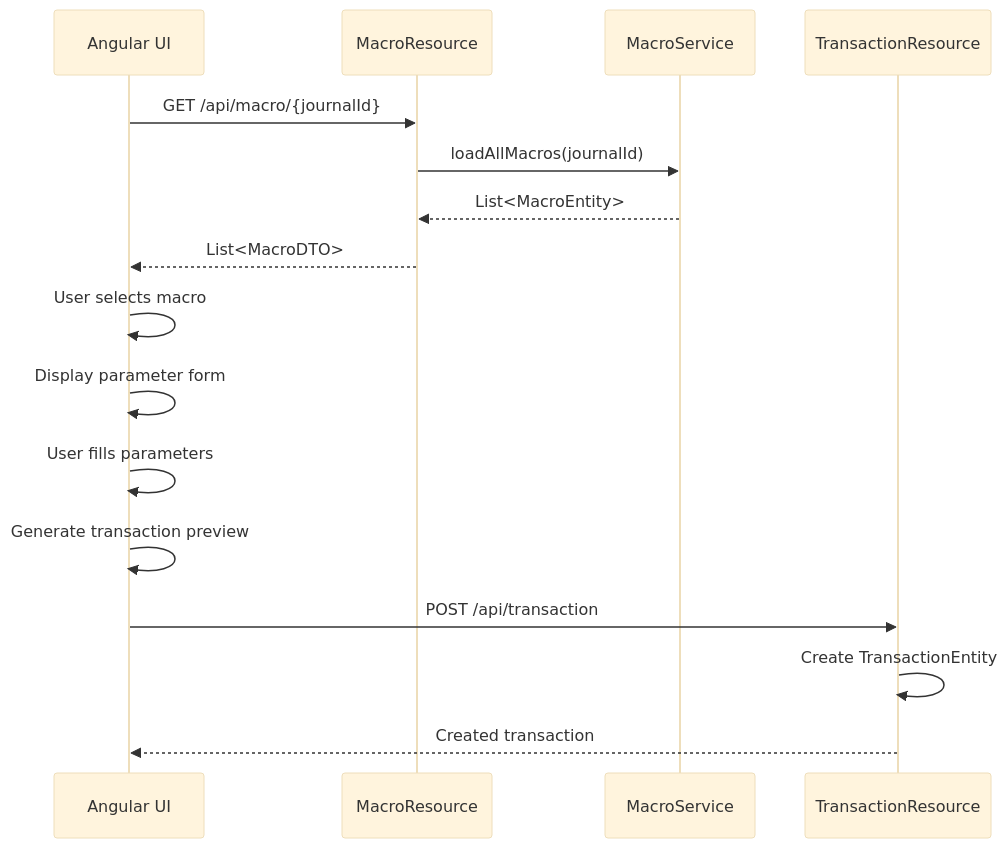
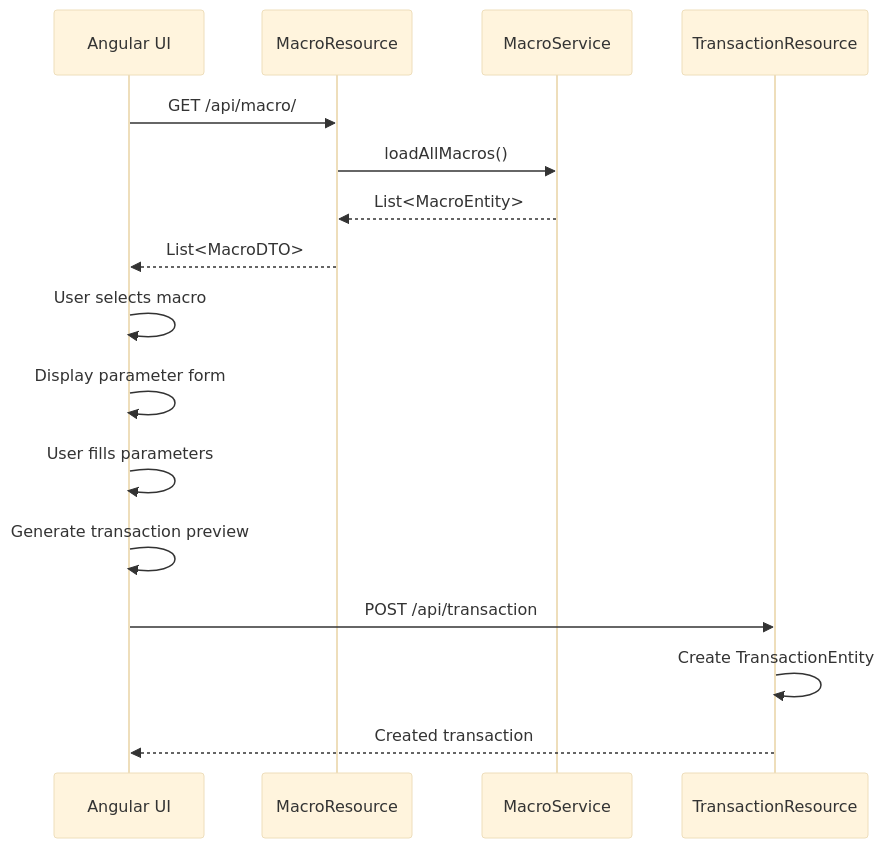
One commit to abstratium-dev/abstraccount changed the second of 2 diagrams in docs/ephemeral-and-volatile-and-temporary-but-interesting/MACRO_SYSTEM.md. Above: the diagram before and after it, drawn with Mermaid (base theme). The commit also changed other lines of this file and 33 other files, not shown here.

````diff
--- a/docs/ephemeral-and-volatile-and-temporary-but-interesting/MACRO_SYSTEM.md
+++ b/docs/ephemeral-and-volatile-and-temporary-but-interesting/MACRO_SYSTEM.md
@@ -162,20 +157,20 @@
 ```mermaid
 sequenceDiagram
     participant UI as Angular UI
     participant MR as MacroResource
     participant MS as MacroService
     participant TR as TransactionResource
     
-    UI->>MR: GET /api/macro/{journalId}
-    MR->>MS: loadAllMacros(journalId)
+    UI->>MR: GET /api/macro/
+    MR->>MS: loadAllMacros()
     MS-->>MR: List<MacroEntity>
     MR-->>UI: List<MacroDTO>
     
     UI->>UI: User selects macro
     UI->>UI: Display parameter form
     UI->>UI: User fills parameters
     UI->>UI: Generate transaction preview
     UI->>TR: POST /api/transaction
     TR->>TR: Create TransactionEntity
     TR-->>UI: Created transaction
 ```
````
